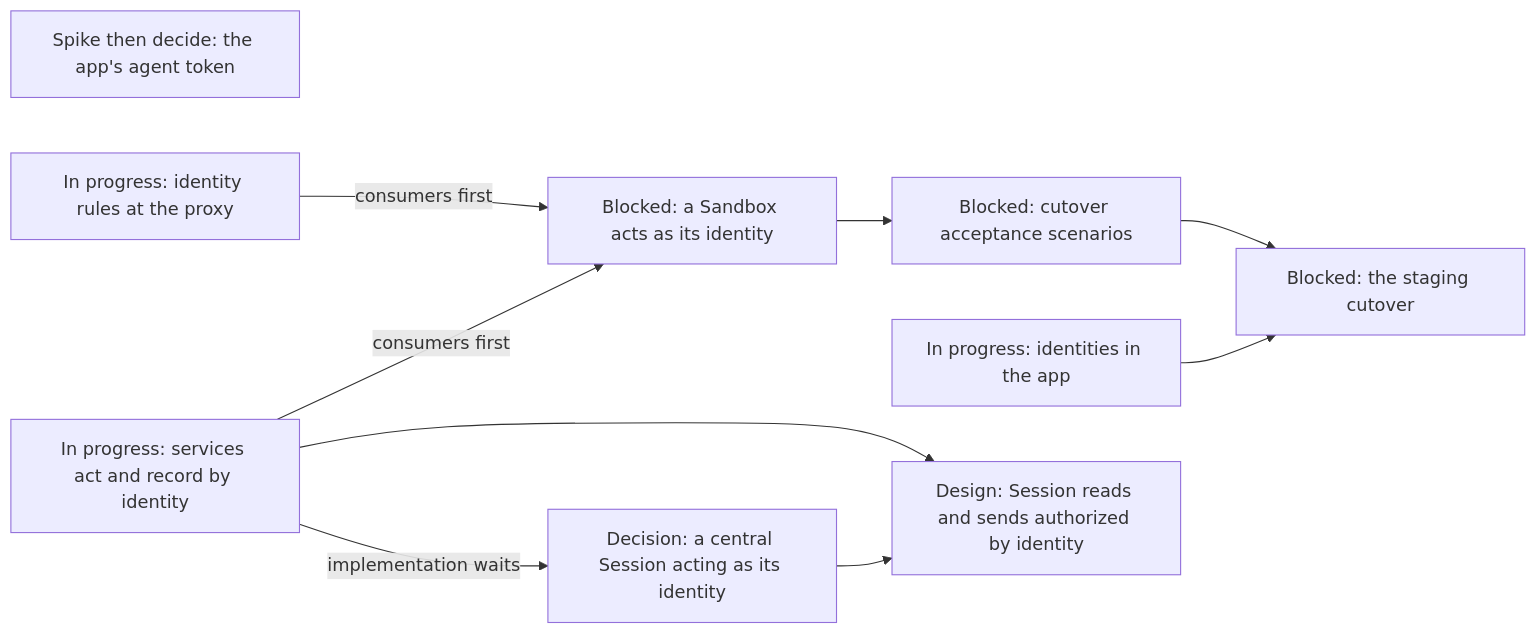
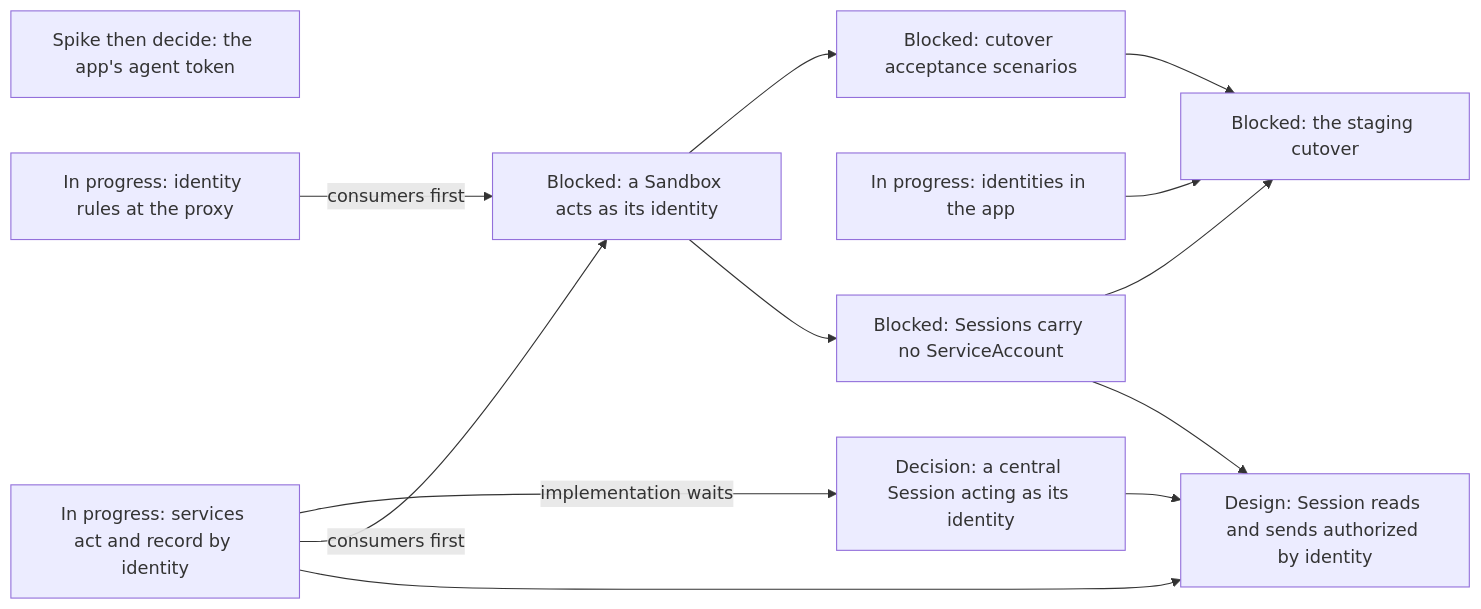
Before and after one commit to agentydragon/ducktape: diagram 17 of 19 in agentplane/plans/task_dag.md, drawn with Mermaid. The commit also changed other lines of this file and 1 other file, not shown here.

First line of the commit message:
agentplane/plans: SESSION_SA_PRINCIPAL_REMOVAL, the contract step for Sessions

````diff
--- a/agentplane/plans/task_dag.md
+++ b/agentplane/plans/task_dag.md
@@ -3034,18 +3034,21 @@
 ```mermaid
 flowchart LR
     APP_AGENT_TOKEN_DECISION[Spike then decide: the app's agent token]
     CENTRAL_SESSION_ACTING_DESIGN[Decision: a central Session acting as its identity]
     SERVICES_IDENTITY_PRINCIPAL -->|implementation waits| CENTRAL_SESSION_ACTING_DESIGN
     APP_IDENTITIES_UI[In progress: identities in the app]
     EGRESS_IDENTITY_RULES[In progress: identity rules at the proxy]
     SERVICES_IDENTITY_PRINCIPAL[In progress: services act and record by identity]
     SANDBOX_IDENTITY_SPEC[Blocked: a Sandbox acts as its identity]
     EGRESS_IDENTITY_RULES -->|consumers first| SANDBOX_IDENTITY_SPEC
     SERVICES_IDENTITY_PRINCIPAL -->|consumers first| SANDBOX_IDENTITY_SPEC
     SANDBOX_IDENTITY_SPEC --> IDENTITY_SYSTEM_TESTS[Blocked: cutover acceptance scenarios]
+    SANDBOX_IDENTITY_SPEC --> SESSION_SA_PRINCIPAL_REMOVAL[Blocked: Sessions carry no ServiceAccount]
+    SESSION_SA_PRINCIPAL_REMOVAL --> IDENTITY_CUTOVER
+    SESSION_SA_PRINCIPAL_REMOVAL --> SESSION_IDENTITY_AUTHZ
     IDENTITY_SYSTEM_TESTS --> IDENTITY_CUTOVER[Blocked: the staging cutover]
     APP_IDENTITIES_UI --> IDENTITY_CUTOVER
     SESSION_IDENTITY_AUTHZ[Design: Session reads and sends authorized by identity]
     SERVICES_IDENTITY_PRINCIPAL --> SESSION_IDENTITY_AUTHZ
     CENTRAL_SESSION_ACTING_DESIGN --> SESSION_IDENTITY_AUTHZ
 ```
````
